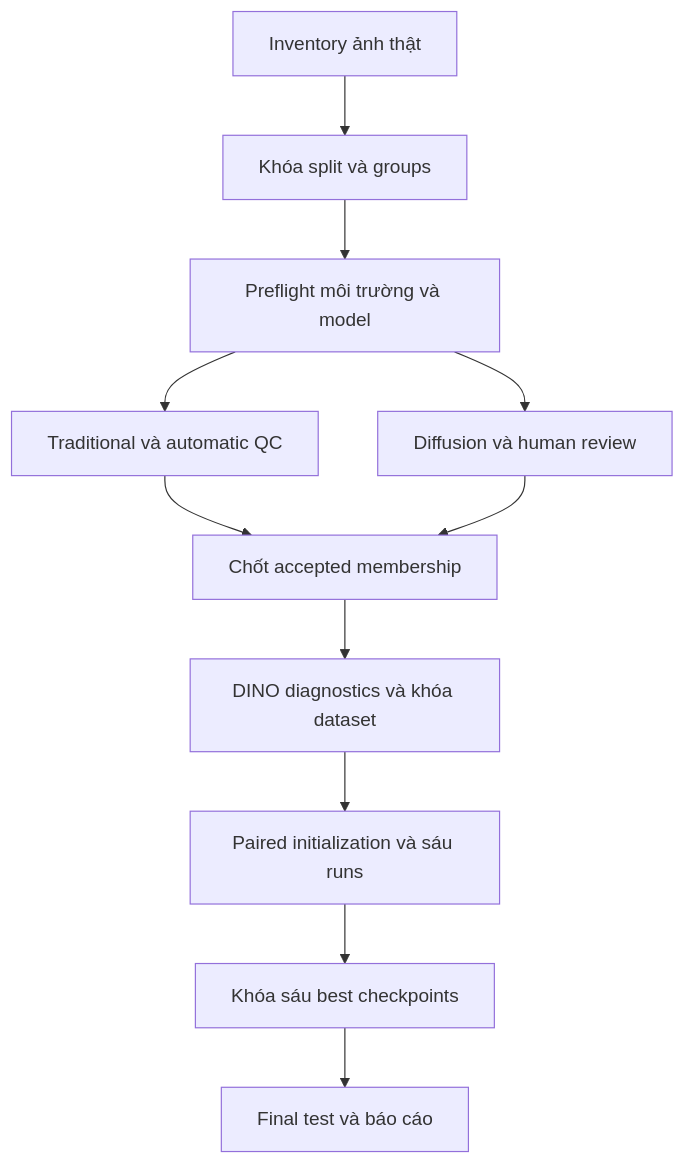
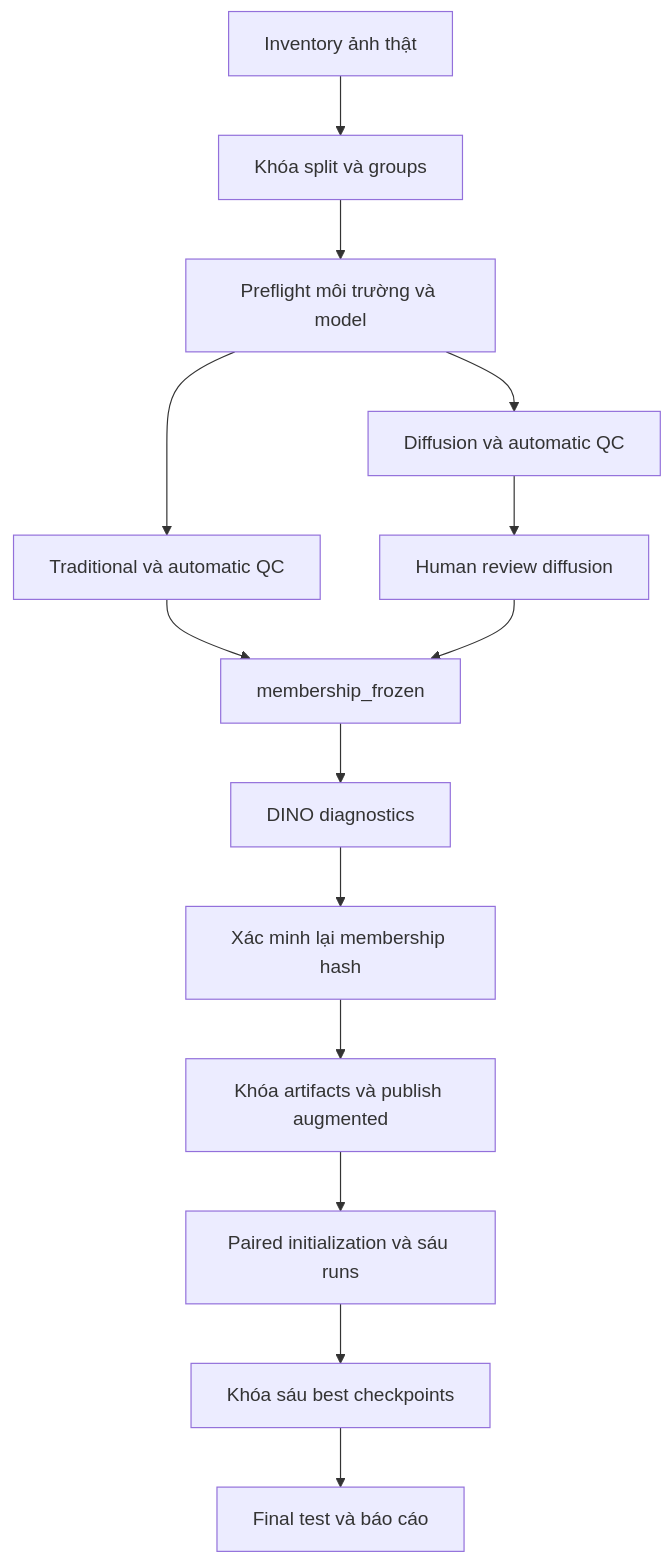
Before and after one commit to HiimRaccoon/GeoLocation_DataPreprocessing: the diagram in docs/plan.md, drawn with Mermaid. The commit also changed other lines of this file and 58 other files, not shown here.

````diff
--- a/docs/plan.md
+++ b/docs/plan.md
@@ -52,13 +52,16 @@
 ```mermaid
 flowchart TD
     I[Inventory ảnh thật] --> S[Khóa split và groups]
     S --> P[Preflight môi trường và model]
     P --> T[Traditional và automatic QC]
-    P --> D[Diffusion và human review]
-    T --> M[Chốt accepted membership]
-    D --> M
-    M --> F[DINO diagnostics và khóa dataset]
+    P --> D[Diffusion và automatic QC]
+    D --> H[Human review diffusion]
+    T --> M[membership_frozen]
+    H --> M
+    M --> N[DINO diagnostics]
+    N --> V[Xác minh lại membership hash]
+    V --> F[Khóa artifacts và publish augmented]
     F --> R[Paired initialization và sáu runs]
     R --> C[Khóa sáu best checkpoints]
     C --> E[Final test và báo cáo]
 ```
````
